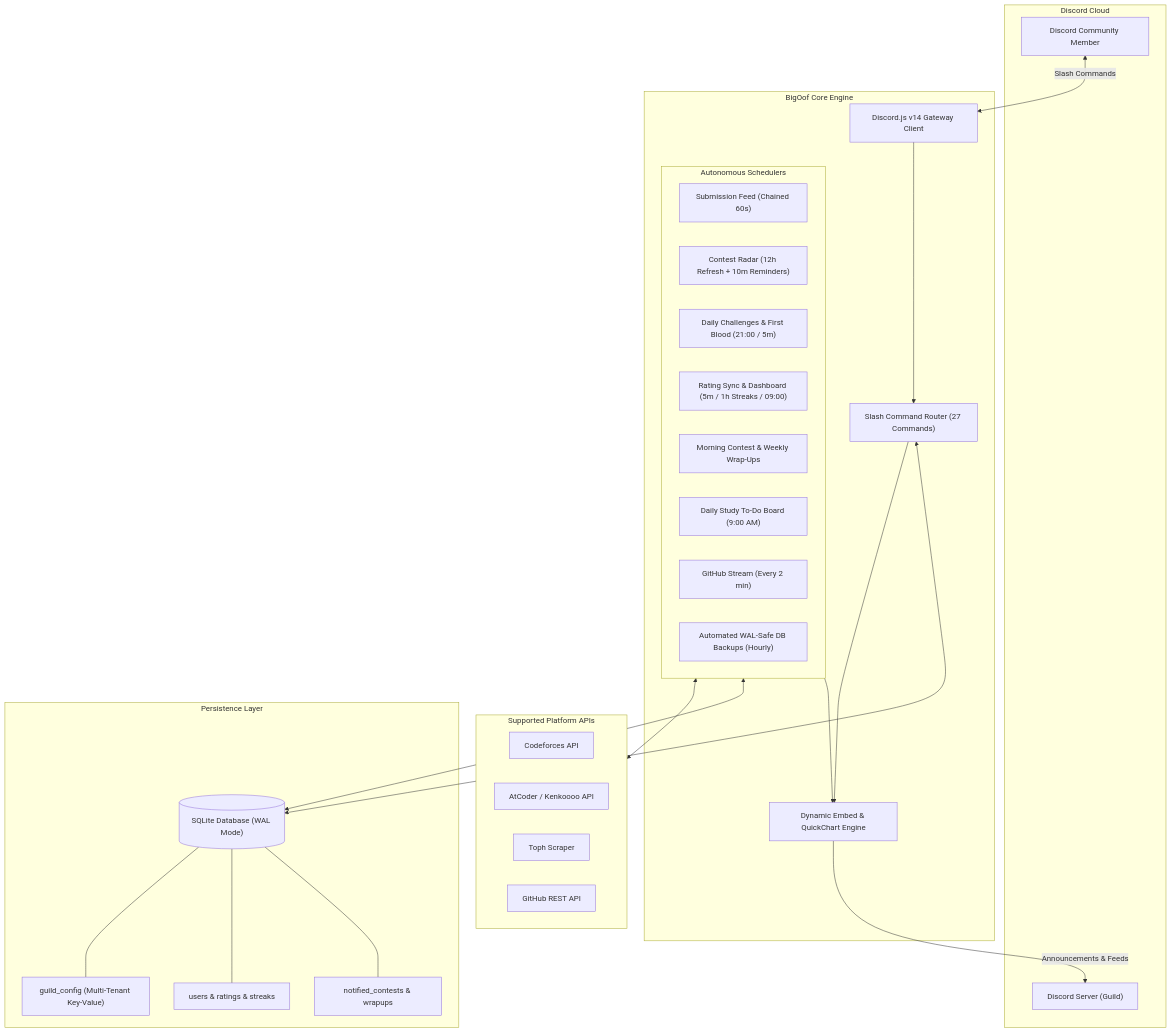
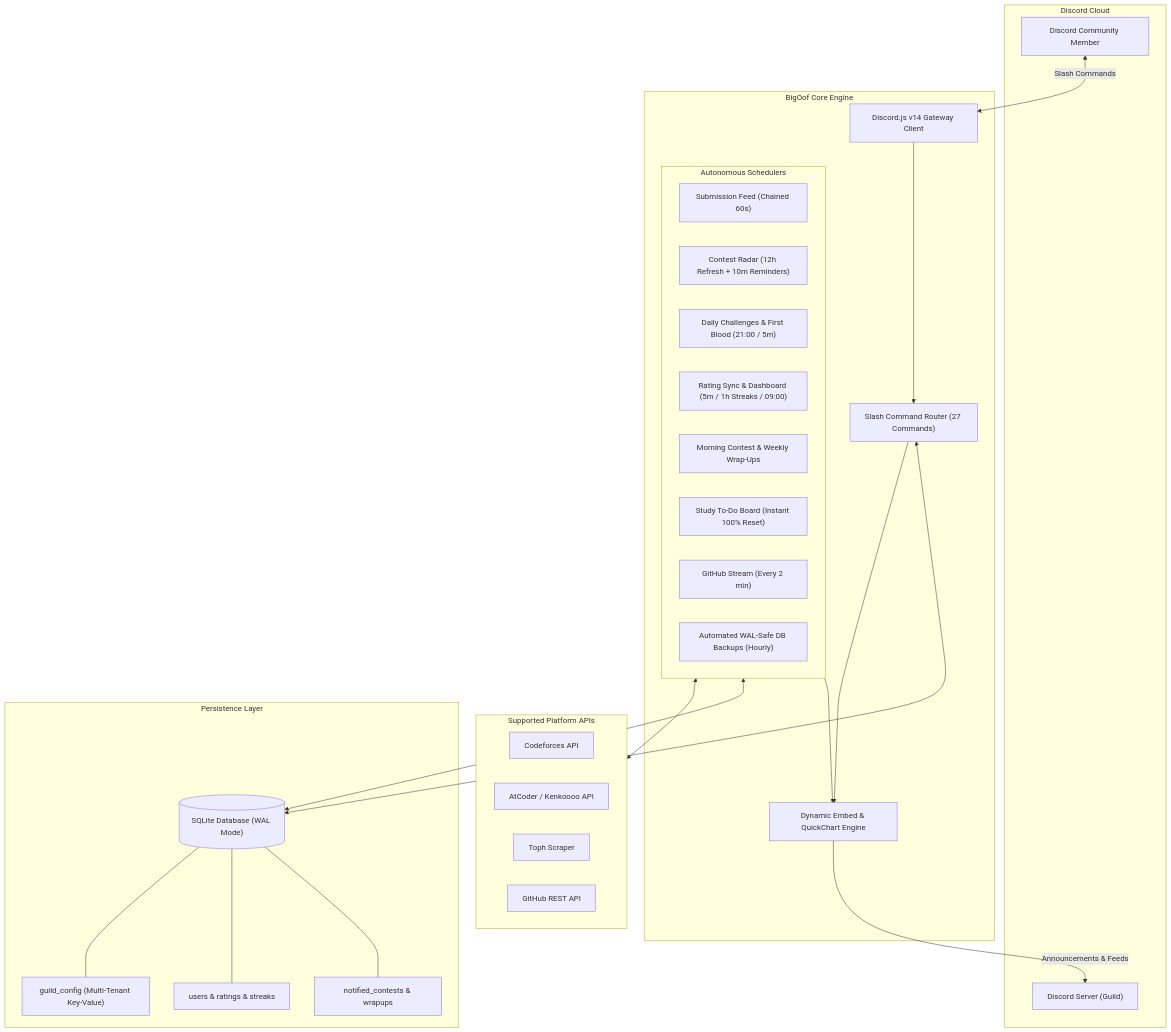
One commit to Pri8899/BigOof changed the diagram in README.md. Above: the diagram before and after it, drawn with Mermaid. The commit also changed other lines of this file and 4 other files, not shown here.

````diff
--- a/README.md
+++ b/README.md
@@ -45,52 +45,52 @@
 ```mermaid
 flowchart TD
     subgraph Discord ["Discord Cloud"]
         User["Discord Community Member"]
         Guild["Discord Server (Guild)"]
     end
 
     subgraph BigOofCore ["BigOof Core Engine"]
         Gateway["Discord.js v14 Gateway Client"]
         CmdRouter["Slash Command Router (27 Commands)"]
 
         subgraph Schedulers ["Autonomous Schedulers"]
             FeedTask["Submission Feed (Chained 60s)"]
             ContestTask["Contest Radar (12h Refresh + 10m Reminders)"]
             DailyTask["Daily Challenges & First Blood (21:00 / 5m)"]
             RatingTask["Rating Sync & Dashboard (5m / 1h Streaks / 09:00)"]
             WrapupTask["Morning Contest & Weekly Wrap-Ups"]
-            StudyTask["Daily Study To-Do Board (9:00 AM)"]
+            StudyTask["Study To-Do Board (Instant 100% Reset)"]
             GitHubTask["GitHub Stream (Every 2 min)"]
             BackupTask["Automated WAL-Safe DB Backups (Hourly)"]
         end
 
         EmbedEngine["Dynamic Embed & QuickChart Engine"]
     end
 
     subgraph DataStore ["Persistence Layer"]
         DB[("SQLite Database (WAL Mode)")]
         GuildConfig["guild_config (Multi-Tenant Key-Value)"]
         Users["users & ratings & streaks"]
         Contests["notified_contests & wrapups"]
     end
 
     subgraph PlatformAPIs ["Supported Platform APIs"]
         CF["Codeforces API"]
         AC["AtCoder / Kenkoooo API"]
         Toph["Toph Scraper"]
         GH["GitHub REST API"]
     end
 
     User <-->|Slash Commands| Gateway
     Gateway --> CmdRouter
     CmdRouter --> EmbedEngine
     CmdRouter <--> DB
 
     Schedulers <--> PlatformAPIs
     Schedulers <--> DB
     Schedulers --> EmbedEngine
     EmbedEngine -->|Announcements & Feeds| Guild
     DB --- GuildConfig
     DB --- Users
     DB --- Contests
 ```
````
